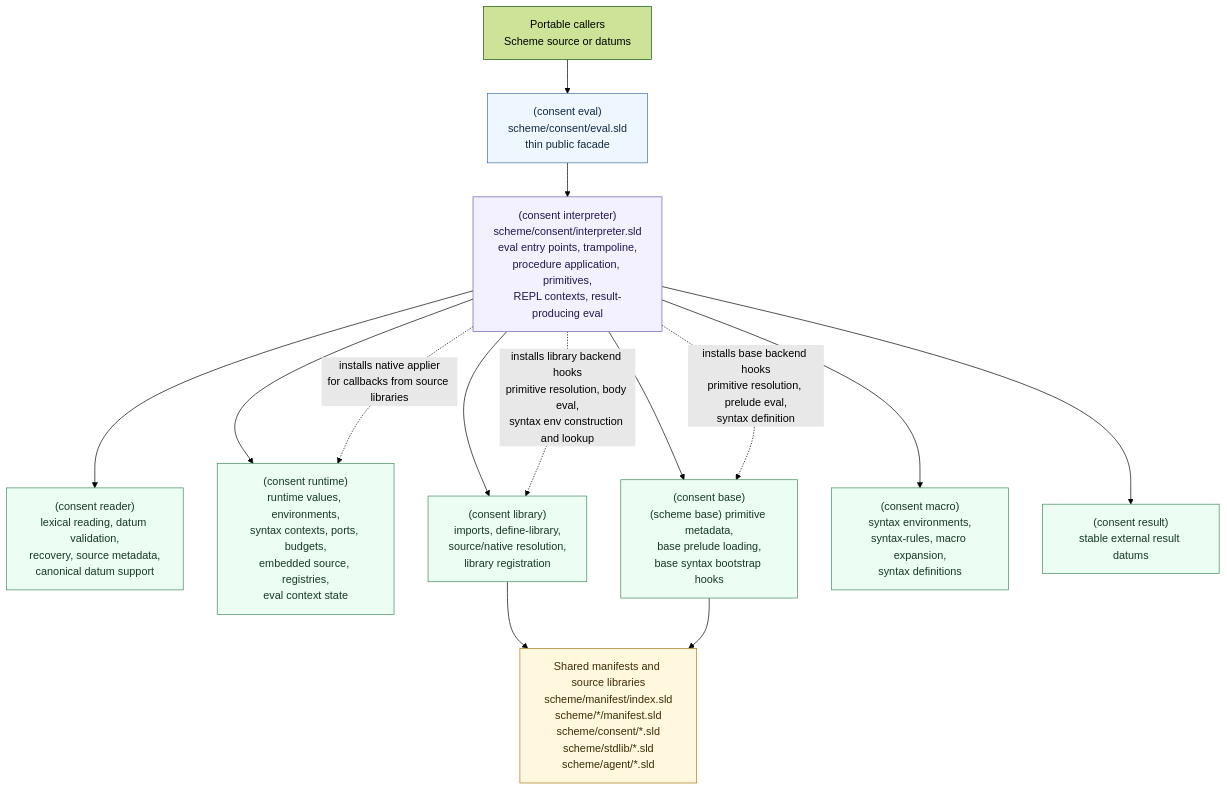
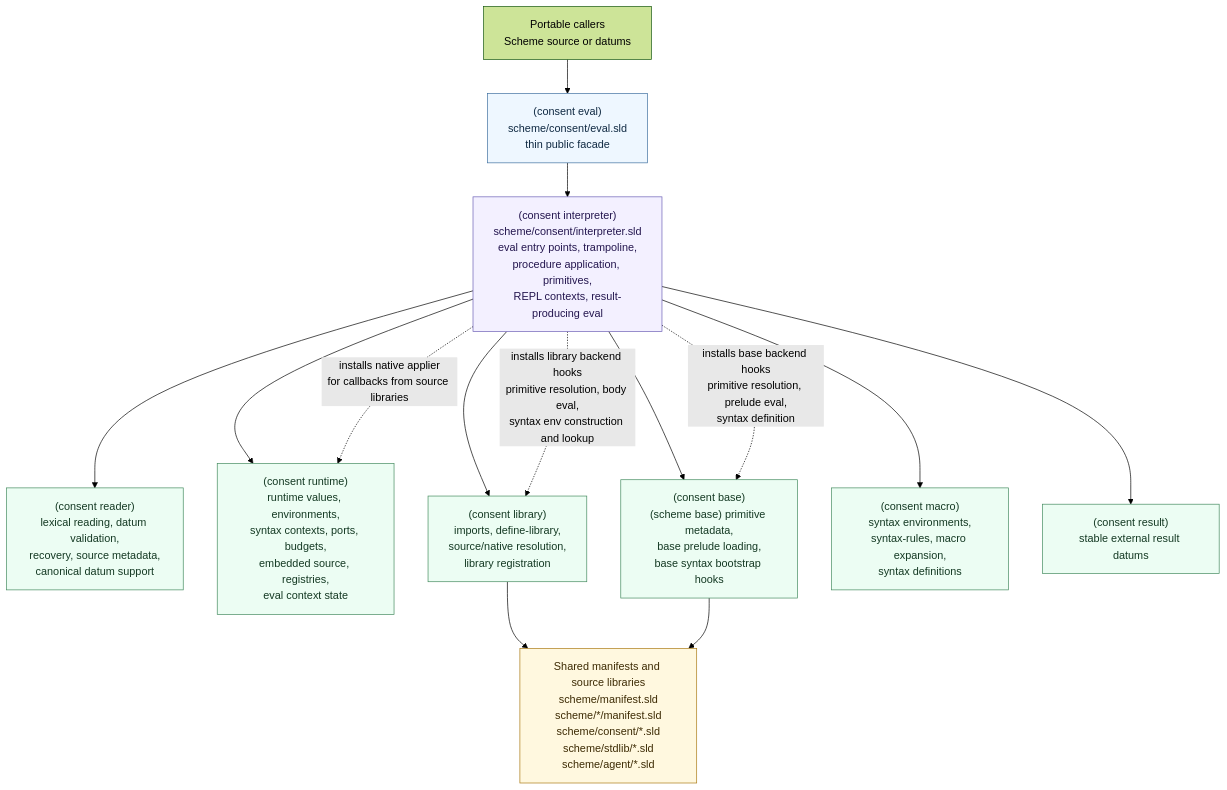
Before and after one commit to tahoma/agent-scheme: the first of 10 diagrams in docs/runtime-core-diagrams.md, drawn with Mermaid (forest theme). The commit also changed 14 other files, not shown here.

````diff
--- a/docs/runtime-core-diagrams.md
+++ b/docs/runtime-core-diagrams.md
@@ -35,40 +35,40 @@
 ```mermaid
 flowchart TD
   user["Portable callers<br/>Scheme source or datums"]
 
   eval["(consent eval)<br/>scheme/consent/eval.sld<br/>thin public facade"]
   interpreter["(consent interpreter)<br/>scheme/consent/interpreter.sld<br/>eval entry points, trampoline,<br/>procedure application, primitives,<br/>REPL contexts, result-producing eval"]
 
   reader["(consent reader)<br/>lexical reading, datum validation,<br/>recovery, source metadata,<br/>canonical datum support"]
   runtime["(consent runtime)<br/>runtime values, environments,<br/>syntax contexts, ports, budgets,<br/>embedded source, registries,<br/>eval context state"]
   base["(consent base)<br/>(scheme base) primitive metadata,<br/>base prelude loading,<br/>base syntax bootstrap hooks"]
   library["(consent library)<br/>imports, define-library,<br/>source/native resolution,<br/>library registration"]
   macro["(consent macro)<br/>syntax environments,<br/>syntax-rules, macro expansion,<br/>syntax definitions"]
   result["(consent result)<br/>stable external result datums"]
 
-  shared["Shared manifests and source libraries<br/>scheme/manifest/index.sld<br/>scheme/*/manifest.sld<br/>scheme/consent/*.sld<br/>scheme/stdlib/*.sld<br/>scheme/agent/*.sld"]
+  shared["Shared manifests and source libraries<br/>scheme/manifest.sld<br/>scheme/*/manifest.sld<br/>scheme/consent/*.sld<br/>scheme/stdlib/*.sld<br/>scheme/agent/*.sld"]
 
   user --> eval
   eval --> interpreter
   interpreter --> reader
   interpreter --> runtime
   interpreter --> result
   interpreter --> base
   interpreter --> library
   interpreter --> macro
   library --> shared
   base --> shared
 
   interpreter -. "installs base backend hooks<br/>primitive resolution, prelude eval,<br/>syntax definition" .-> base
   interpreter -. "installs library backend hooks<br/>primitive resolution, body eval,<br/>syntax env construction and lookup" .-> library
   interpreter -. "installs native applier<br/>for callbacks from source libraries" .-> runtime
 
   classDef facade fill:#eef7ff,stroke:#3d6f9f,color:#102a43
   classDef backend fill:#f3f0ff,stroke:#6b5fb5,color:#24164f
   classDef pass fill:#ecfdf3,stroke:#438a5e,color:#143923
   classDef source fill:#fff8df,stroke:#a97912,color:#3d2b04
   class eval facade
   class interpreter backend
   class reader,runtime,base,library,macro,result pass
   class shared source
 ```
````
